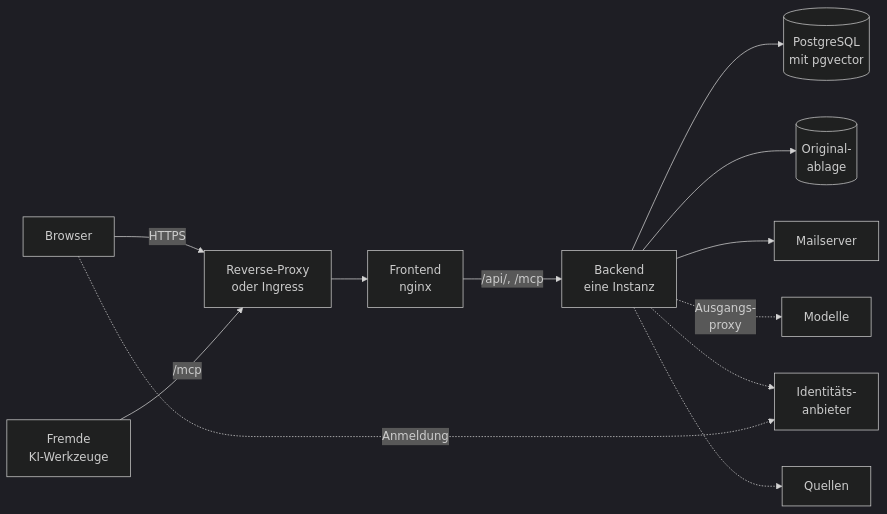
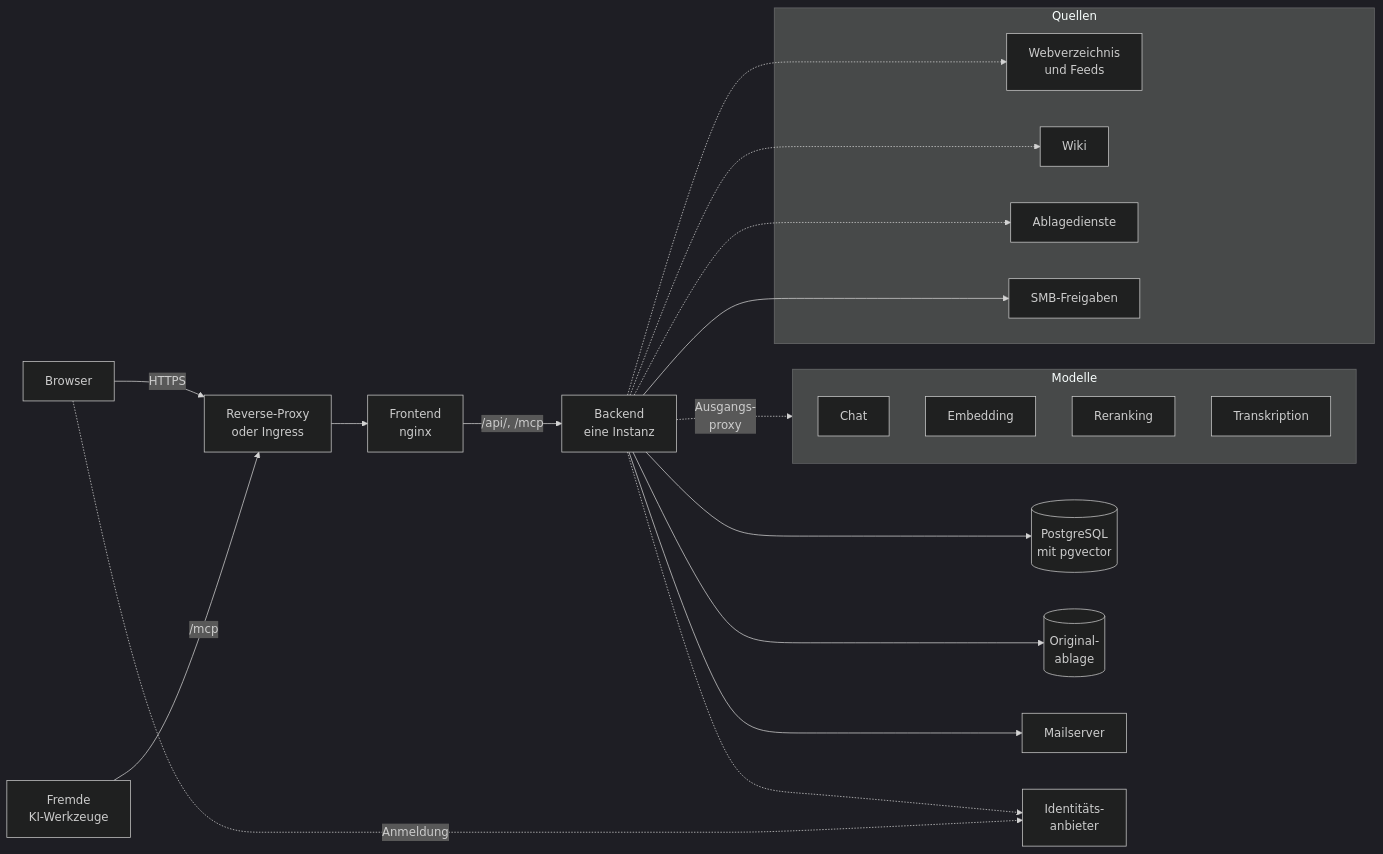
The diagram in docs/handbuch/betrieb.md (criew/opaa), drawn with Mermaid (dark theme) before and after one commit. The commit also changed other lines of this file and 2 other files, not shown here.

Commit message:
docs(handbuch): Kapitel Nachvollziehbarkeit und Bausteine mit Modellrollen und Quellgruppen
Neues Kapitel beschreibt Fakten-Manifest und Faktenblätter, wo sie liegen,
wie man sie lokal erzeugt und welche Prüfungen bei jeder Änderung laufen
(Wächter, Kennzeichnung data-impact, Verweise der Behördenunterlagen,
Lizenzprüfung, wöchentliche Drift-Routine). Das Bausteine-Bild der
Betriebsübersicht zeigt die vier Modellrollen und die Quellgruppen passend
zu outbound.yaml.

Claude-Session: https://claude.ai/code/session_01TSFimoLNgvLaJdu4L94Xam

````diff
--- a/docs/handbuch/betrieb.md
+++ b/docs/handbuch/betrieb.md
@@ -17,14 +17,29 @@
 ```mermaid
 flowchart LR
     B[Browser] -->|HTTPS| RP[Reverse-Proxy<br/>oder Ingress]
     K[Fremde<br/>KI-Werkzeuge] -->|/mcp| RP
     RP --> F[Frontend<br/>nginx]
     F -->|/api/, /mcp| BE[Backend<br/>eine Instanz]
     BE --> DB[(PostgreSQL<br/>mit pgvector)]
     BE --> O[(Original-<br/>ablage)]
     BE --> SMTP[Mailserver]
-    BE -.->|Ausgangs-<br/>proxy| M[Modelle]
+    BE -.->|Ausgangs-<br/>proxy| M
     BE -.-> I[Identitäts-<br/>anbieter]
-    BE -.-> Q[Quellen]
+    BE -.-> QW
+    BE -.-> QC
+    BE -.-> QA
+    BE --> QS
     B -.->|Anmeldung| I
+    subgraph M[Modelle]
+        MC[Chat]
+        ME[Embedding]
+        MR[Reranking]
+        MT[Transkription]
+    end
+    subgraph Q[Quellen]
+        QW[Webverzeichnis<br/>und Feeds]
+        QC[Wiki]
+        QA[Ablagedienste]
+        QS[SMB-Freigaben]
+    end
 ```
````
